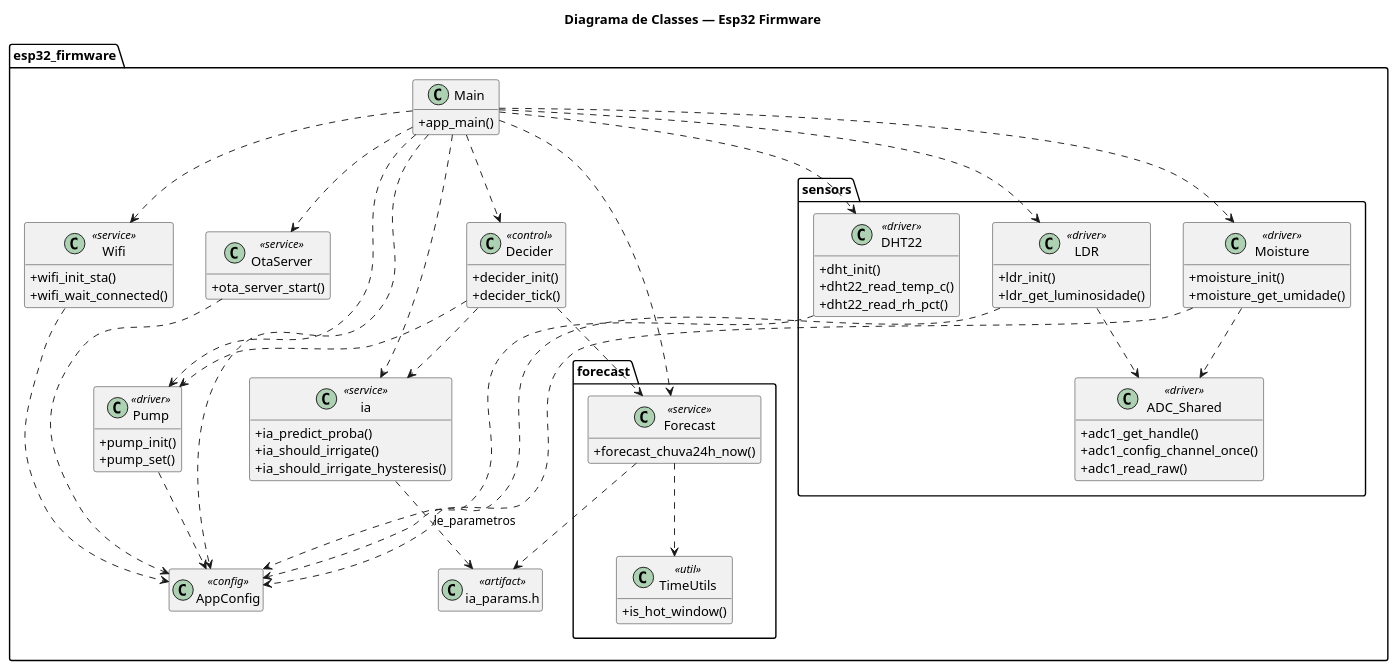
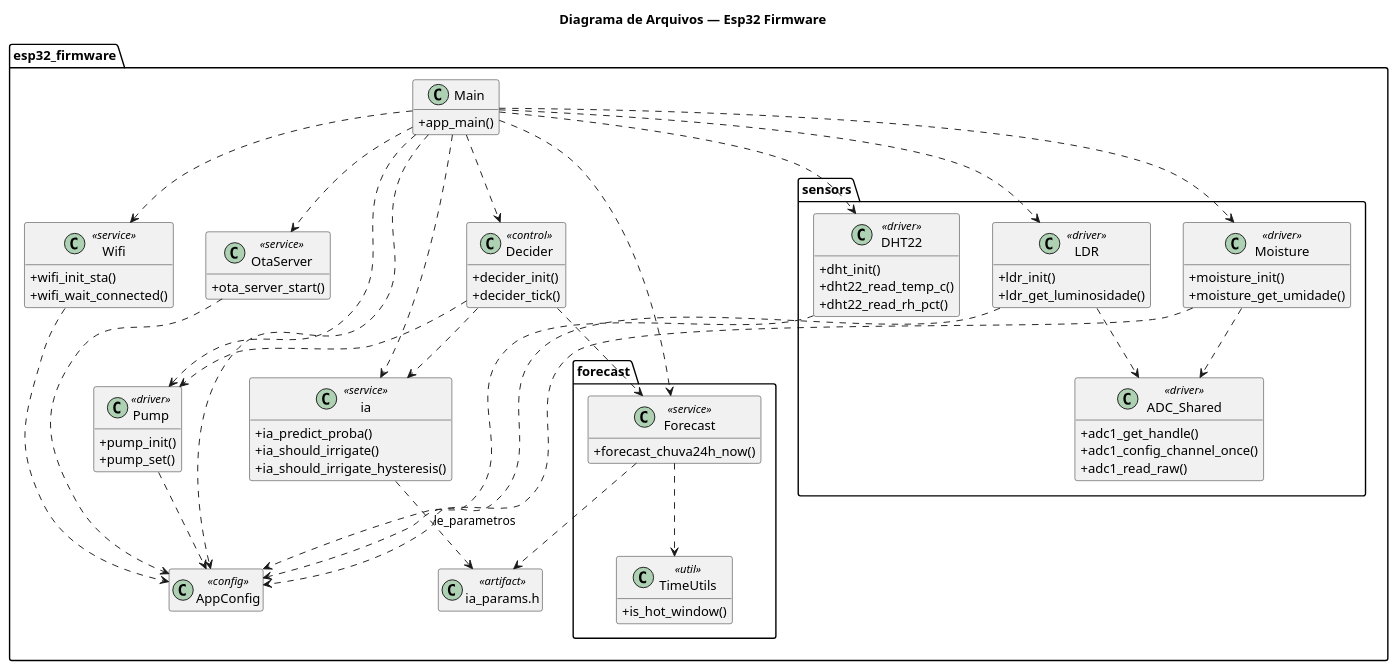
One commit to NahanRezende/edge-ai-mlops-smart-irrigation-esp32 changed the diagram in plantuml/diagramaDeClassesEsp32Firmware.puml. Above: the diagram before and after it, drawn with PlantUML. The commit also changed 14 other files, not shown here.

```diff
--- a/plantuml/diagramaDeClassesEsp32Firmware.puml
+++ b/plantuml/diagramaDeClassesEsp32Firmware.puml
@@ -1,102 +1,102 @@
 @startuml
-title Diagrama de Classes — Esp32 Firmware
+title Diagrama de Arquivos — Esp32 Firmware
 skinparam classAttributeIconSize 0
 hide empty members
 
 package esp32_firmware {
 
   class Main {
     +app_main()
   }
 
   class AppConfig <<config>> {
   }
 
   class Wifi <<service>> {
     +wifi_init_sta()
     +wifi_wait_connected()
   }
 
   class OtaServer <<service>> {
     +ota_server_start()
   }
 
   class ia <<service>> {
     +ia_predict_proba()
     +ia_should_irrigate()
     +ia_should_irrigate_hysteresis()
   }
 
   class "ia_params.h" as IA_PARAMS_H <<artifact>>
 
   package forecast {
     class Forecast <<service>> {
       +forecast_chuva24h_now()
     }
     class TimeUtils <<util>> {
       +is_hot_window()
     }
   }
 
   class Decider <<control>> {
     +decider_init()
     +decider_tick()
   }
 
   class Pump <<driver>> {
     +pump_init()
     +pump_set()
   }
 
   package sensors {
     class DHT22 <<driver>> {
       +dht_init()
       +dht22_read_temp_c()
       +dht22_read_rh_pct()
     }
     class LDR <<driver>> {
       +ldr_init()
       +ldr_get_luminosidade()
     }
     class Moisture <<driver>> {
       +moisture_init()
       +moisture_get_umidade()
     }
     class ADC_Shared <<driver>> {
       +adc1_get_handle()
       +adc1_config_channel_once()
       +adc1_read_raw()
     }
   }
 
   Main ..> Wifi
   Main ..> OtaServer
   Main ..> Decider
   Main ..> Forecast
   Main ..> ia
   Main ..> Pump
   Main ..> DHT22
   Main ..> LDR
   Main ..> Moisture
   Main ..> AppConfig
 
   Decider ..> ia
   Decider ..> Forecast
   Decider ..> Pump
 
   Forecast ..> TimeUtils
 
   DHT22 ..> AppConfig
   LDR ..> AppConfig
   Moisture ..> AppConfig
   Pump ..> AppConfig
   Wifi ..> AppConfig
   OtaServer ..> AppConfig
 
   LDR ..> ADC_Shared
   Moisture ..> ADC_Shared
 
   ia ..> IA_PARAMS_H : le_parametros
   Forecast ..> IA_PARAMS_H
 }
 @enduml
```
